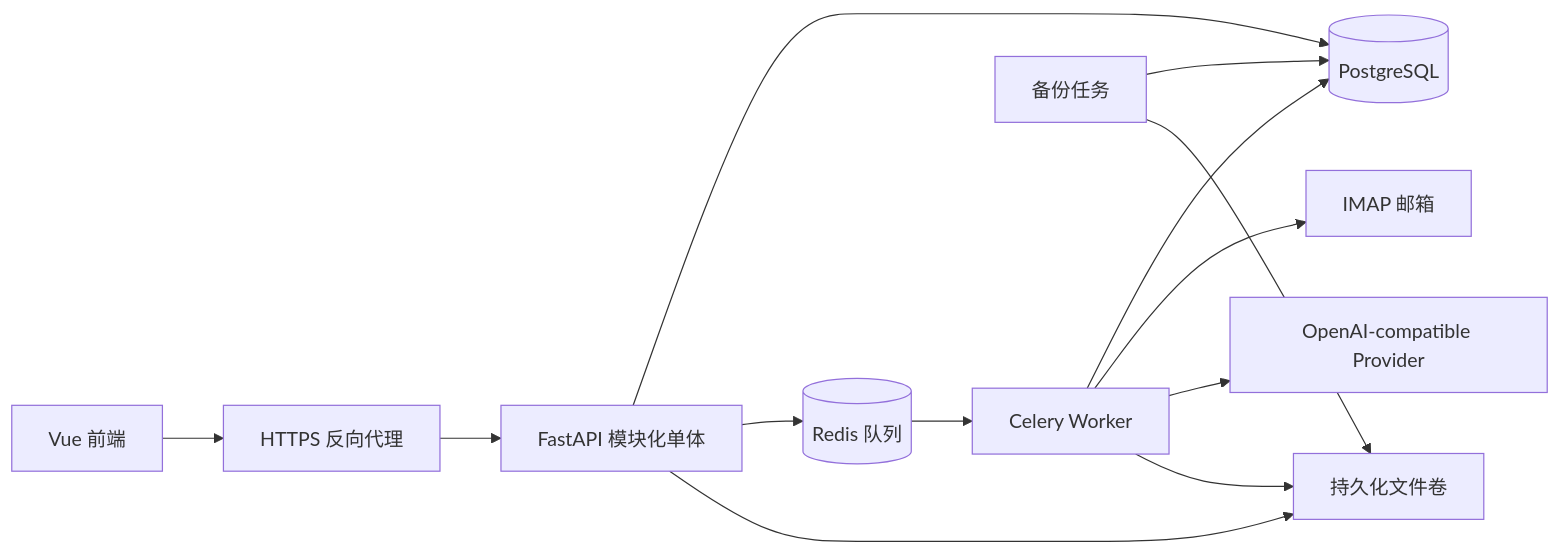
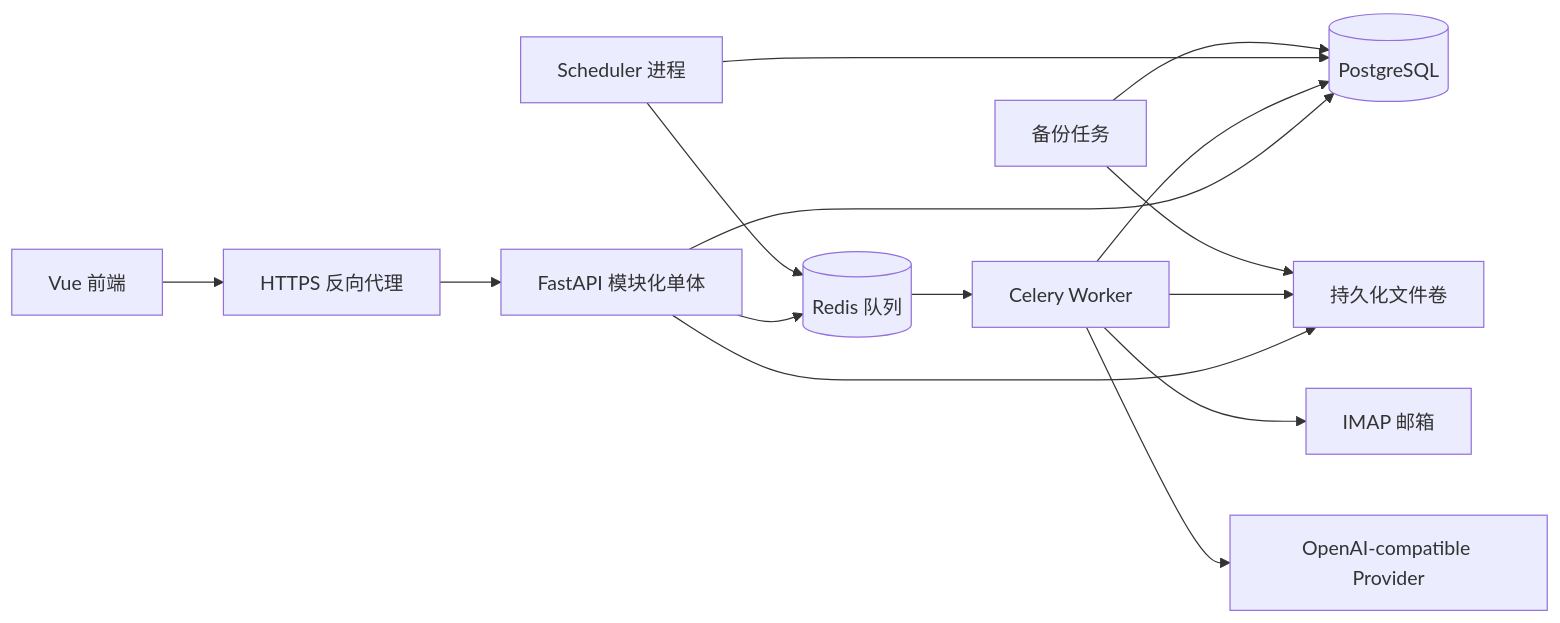
One commit to ZephyrLeeX/project-risk-system changed the diagram in docs/fastapi-backend-design.md. Above: the diagram before and after it, drawn with Mermaid. The commit also changed other lines of this file and 4 other files, not shown here.

````diff
--- a/docs/fastapi-backend-design.md
+++ b/docs/fastapi-backend-design.md
@@ -50,15 +50,17 @@
 ```mermaid
 flowchart LR
     Web[Vue 前端] --> Proxy[HTTPS 反向代理]
     Proxy --> API[FastAPI 模块化单体]
     API --> PG[(PostgreSQL)]
     API --> Redis[(Redis 队列)]
     Redis --> Worker[Celery Worker]
     Worker --> PG
     Worker --> IMAP[IMAP 邮箱]
     Worker --> AI[OpenAI-compatible Provider]
+    Scheduler[Scheduler 进程] --> PG
+    Scheduler --> Redis
     API --> Files[持久化文件卷]
     Worker --> Files
     Backup[备份任务] --> PG
     Backup --> Files
 ```
````
